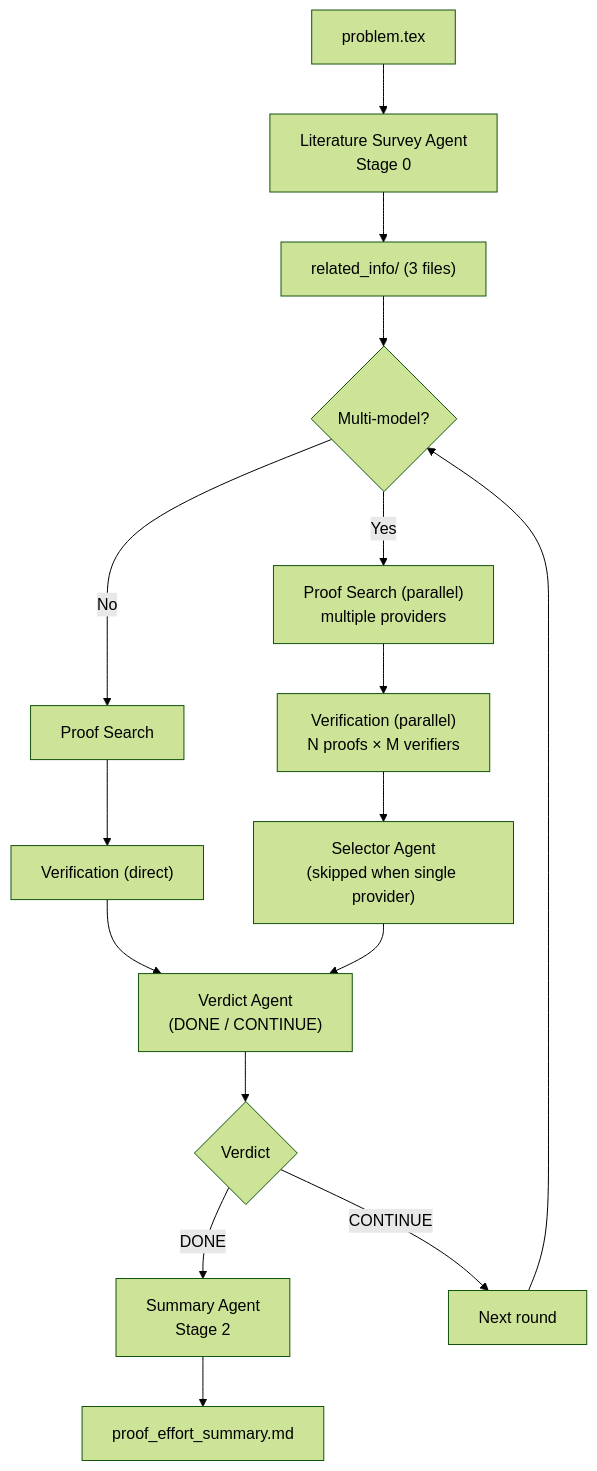
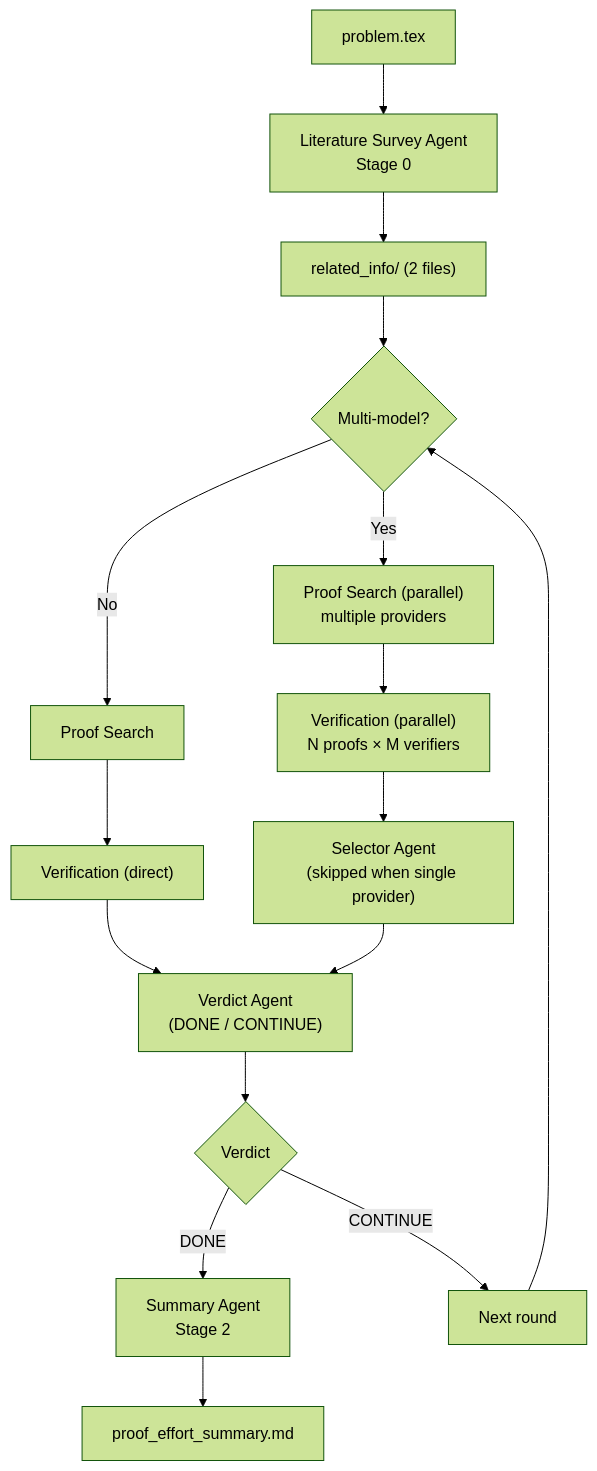
One commit to chenyang-an/QED changed the diagram in README.md. Above: the diagram before and after it, drawn with Mermaid (forest theme). The commit also changed other lines of this file and 4 other files, not shown here.

````diff
--- a/README.md
+++ b/README.md
@@ -595,21 +610,21 @@
 ```mermaid
 flowchart TD
     A["problem.tex"] --> B["Literature Survey Agent<br/>Stage 0"]
-    B --> C["related_info/ (3 files)"]
+    B --> C["related_info/ (2 files)"]
     C --> D{"Multi-model?"}
 
     D -->|No| I["Proof Search"]
     I --> IV["Verification (direct)"]
     IV --> J["Verdict Agent<br/>(DONE / CONTINUE)"]
 
     D -->|Yes| K["Proof Search (parallel)<br/>multiple providers"]
     K --> O["Verification (parallel)<br/>N proofs × M verifiers"]
     O --> P["Selector Agent<br/>(skipped when single provider)"]
     P --> J
 
     J --> Q{"Verdict"}
     Q -->|DONE| R["Summary Agent<br/>Stage 2"]
     Q -->|CONTINUE| S["Next round"]
     S --> D
     R --> T["proof_effort_summary.md"]
 ```
````
